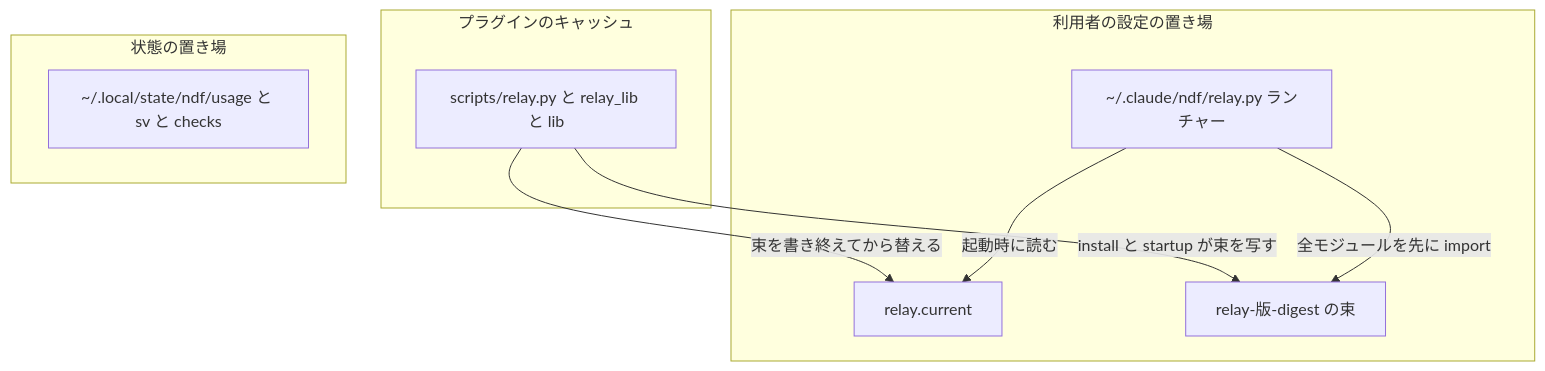
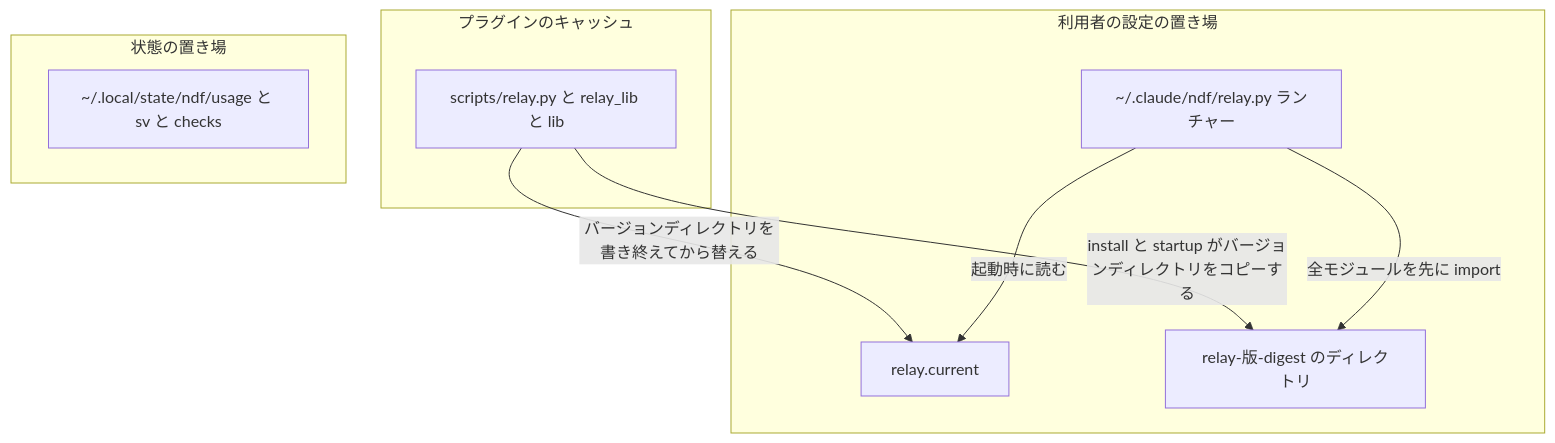
Before and after one commit to devbasex/ai-plugins: the third of 9 diagrams in issues/issue-1142-design.md, drawn with Mermaid. The commit also changed other lines of this file and 5 other files, not shown here.

````diff
--- a/issues/issue-1142-design.md
+++ b/issues/issue-1142-design.md
@@ -209,18 +211,18 @@
 ```mermaid
 graph TD
     subgraph プラグインのキャッシュ
         P1[scripts/relay.py と relay_lib と lib]
     end
     subgraph 利用者の設定の置き場
         C1[~/.claude/ndf/relay.py ランチャー]
         C2[relay.current]
-        C3[relay-版-digest の束]
+        C3[relay-版-digest のディレクトリ]
     end
     subgraph 状態の置き場
         S1[~/.local/state/ndf/usage と sv と checks]
     end
-    P1 -- install と startup が束を写す --> C3
-    P1 -- 束を書き終えてから替える --> C2
+    P1 -- install と startup がバージョンディレクトリをコピーする --> C3
+    P1 -- バージョンディレクトリを書き終えてから替える --> C2
     C1 -- 起動時に読む --> C2
     C1 -- 全モジュールを先に import --> C3
 ```
````
